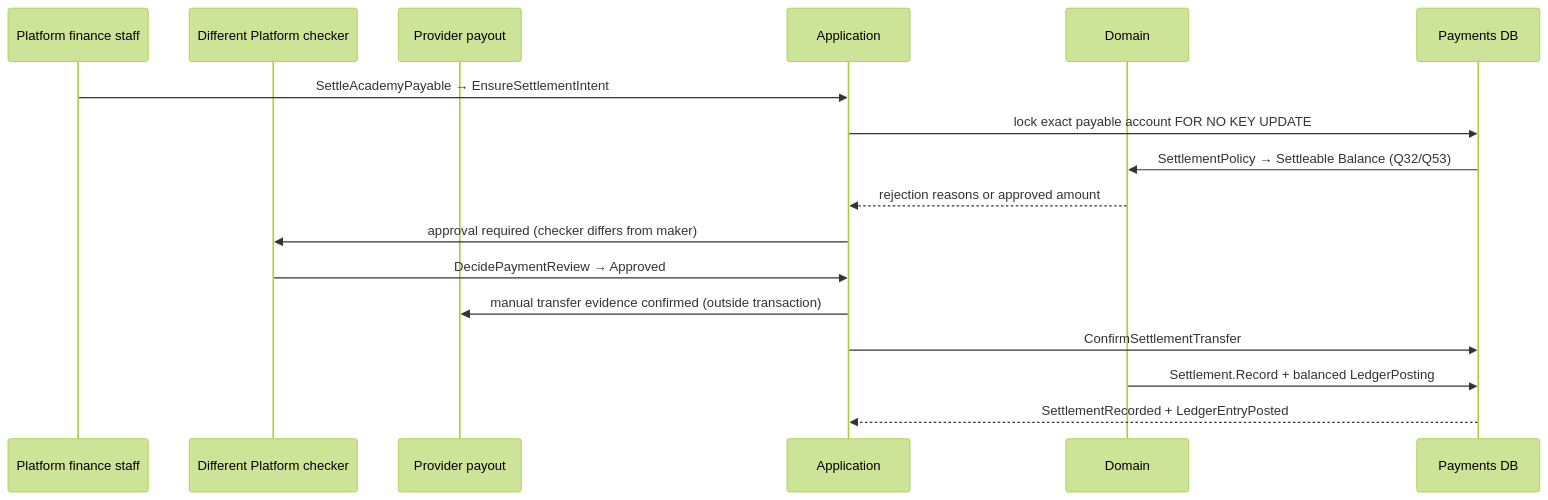
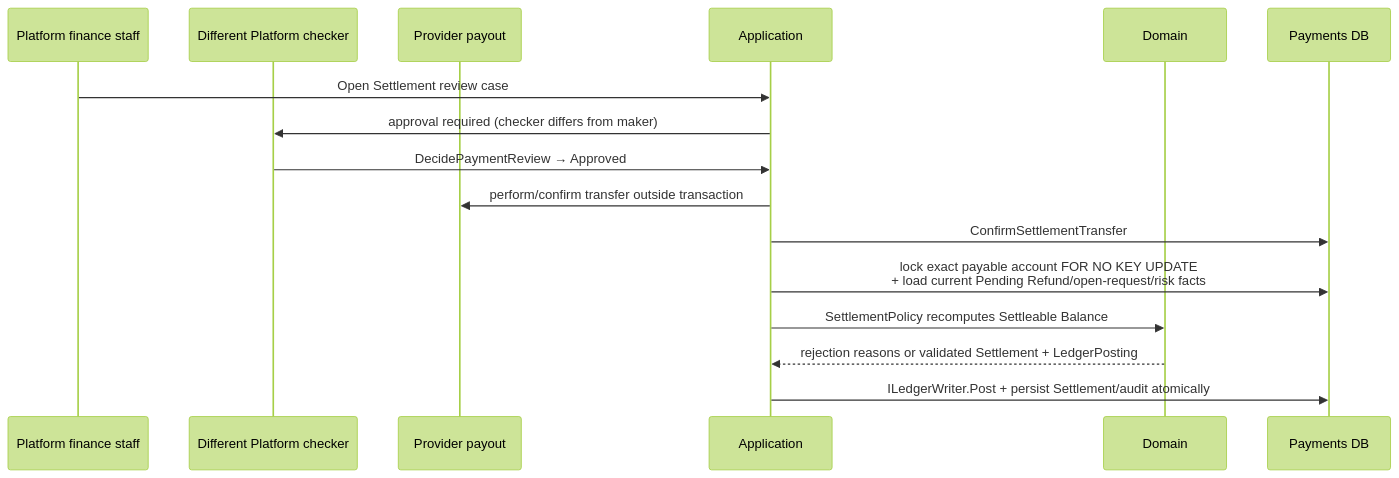
The tenth of 10 diagrams in plans/payments/C4Model.md (Azero77/alpha-zero), drawn with Mermaid (forest theme) before and after one commit. The commit also changed other lines of this file, not shown here.

Commit message:
docs(payments): refine C4 architecture model

````diff
--- a/plans/payments/C4Model.md
+++ b/plans/payments/C4Model.md
@@ -270,19 +279,18 @@
 ```mermaid
 sequenceDiagram
   participant PL as Platform finance staff
   participant CK as Different Platform checker
-  participant PSP as Provider payout
+  participant PRV as Provider payout
   participant APP as Application
   participant DOM as Domain
   participant DB as Payments DB
-  PL->>APP: SettleAcademyPayable → EnsureSettlementIntent
-  APP->>DB: lock exact payable account FOR NO KEY UPDATE
-  DB->>DOM: SettlementPolicy → Settleable Balance (Q32/Q53)
-  DOM-->>APP: rejection reasons or approved amount
+  PL->>APP: Open Settlement review case
   APP->>CK: approval required (checker differs from maker)
   CK->>APP: DecidePaymentReview → Approved
-  APP->>PSP: manual transfer evidence confirmed (outside transaction)
+  APP->>PRV: perform/confirm transfer outside transaction
   APP->>DB: ConfirmSettlementTransfer
-  DOM->>DB: Settlement.Record + balanced LedgerPosting
-  DB-->>APP: SettlementRecorded + LedgerEntryPosted
+  APP->>DB: lock exact payable account FOR NO KEY UPDATE<br/>+ load current Pending Refund/open-request/risk facts
+  APP->>DOM: SettlementPolicy recomputes Settleable Balance
+  DOM-->>APP: rejection reasons or validated Settlement + LedgerPosting
+  APP->>DB: ILedgerWriter.Post + persist Settlement/audit atomically
 ```
````
